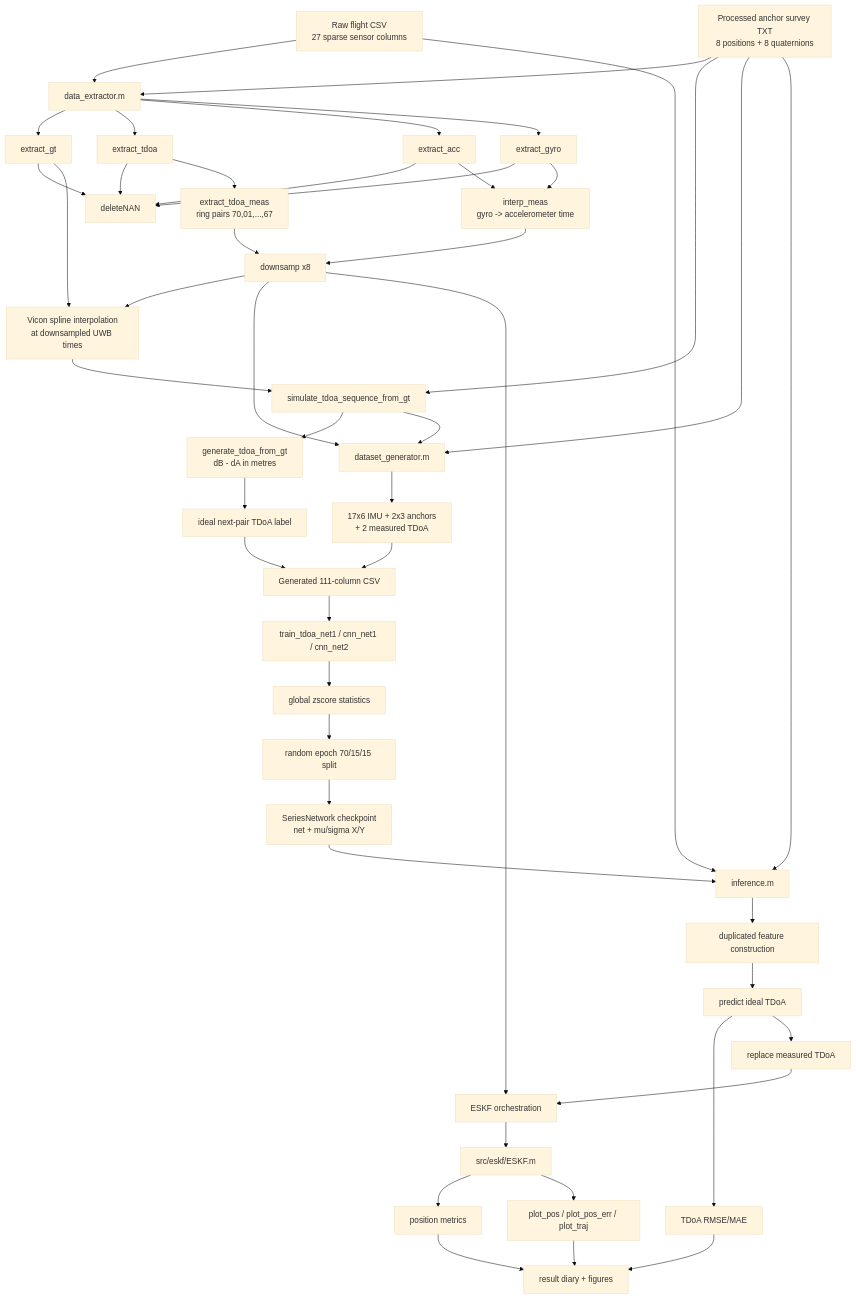
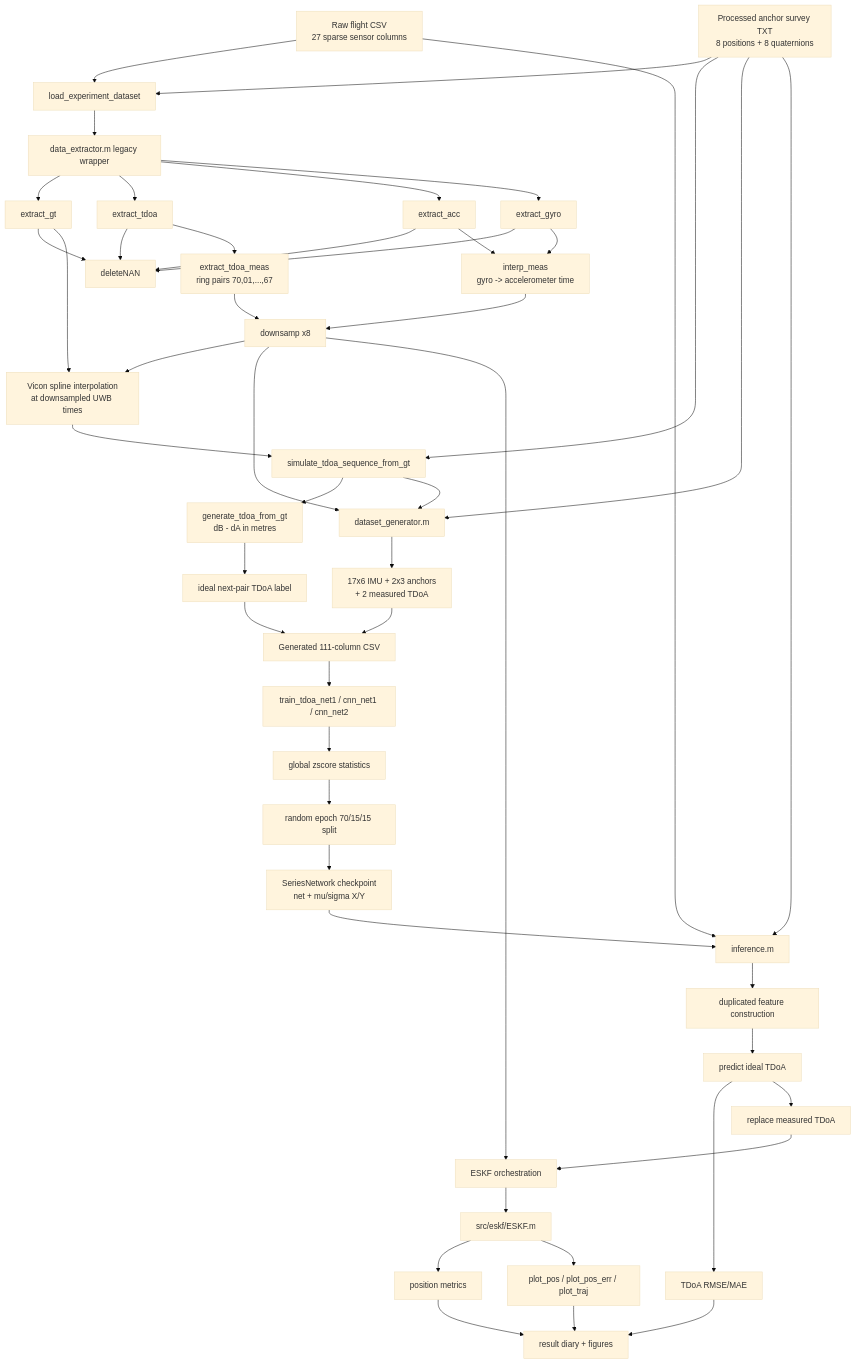
One commit to aria-joozani/uwb_imu_data_fusion_nn changed the first of 4 diagrams in docs/dependency_map.md. Above: the diagram before and after it, drawn with Mermaid (base theme). The commit also changed other lines of this file and 6 other files, not shown here.

First line of the commit message:
refactor: add consistent experiment dataset loader

````diff
--- a/docs/dependency_map.md
+++ b/docs/dependency_map.md
@@ -5,55 +5,56 @@
 ```mermaid
 flowchart TD
     RAW[Raw flight CSV<br/>27 sparse sensor columns]
     SURVEY[Processed anchor survey TXT<br/>8 positions + 8 quaternions]
 
-    RAW --> EX[data_extractor.m]
-    SURVEY --> EX
+    RAW --> LOAD[load_experiment_dataset]
+    SURVEY --> LOAD
+    LOAD --> EX[data_extractor.m legacy wrapper]
     EX --> EGT[extract_gt]
     EX --> ET[extract_tdoa]
     EX --> EA[extract_acc]
     EX --> EG[extract_gyro]
     EGT --> DN[deleteNAN]
     ET --> DN
     EA --> DN
     EG --> DN
     EG --> IM[interp_meas<br/>gyro -> accelerometer time]
     EA --> IM
     IM --> DS[downsamp x8]
     ET --> PAIRS[extract_tdoa_meas<br/>ring pairs 70,01,...,67]
     PAIRS --> DS
     EGT --> GTI[Vicon spline interpolation<br/>at downsampled UWB times]
     DS --> GTI
     GTI --> SIM[simulate_tdoa_sequence_from_gt]
     SURVEY --> SIM
     SIM --> GTF[generate_tdoa_from_gt<br/>dB - dA in metres]
 
     DS --> GEN[dataset_generator.m]
     SIM --> GEN
     SURVEY --> GEN
     GEN --> FEAT[17x6 IMU + 2x3 anchors<br/>+ 2 measured TDoA]
     GTF --> LABEL[ideal next-pair TDoA label]
     FEAT --> NNCSV[Generated 111-column CSV]
     LABEL --> NNCSV
 
     NNCSV --> TRAIN[train_tdoa_net1 / cnn_net1 / cnn_net2]
     TRAIN --> NORM[global zscore statistics]
     NORM --> SPLIT[random epoch 70/15/15 split]
     SPLIT --> CKPT[SeriesNetwork checkpoint<br/>net + mu/sigma X/Y]
 
     RAW --> INF[inference.m]
     SURVEY --> INF
     CKPT --> INF
     INF --> IFEAT[duplicated feature construction]
     IFEAT --> PRED[predict ideal TDoA]
     PRED --> TMET[TDoA RMSE/MAE]
     PRED --> ENH[replace measured TDoA]
     ENH --> ERUN[ESKF orchestration]
     DS --> ERUN
     ERUN --> ECLASS[src/eskf/ESKF.m]
     ECLASS --> PMET[position metrics]
     ECLASS --> PLOT[plot_pos / plot_pos_err / plot_traj]
     TMET --> LOG[result diary + figures]
     PMET --> LOG
     PLOT --> LOG
 ```
````
